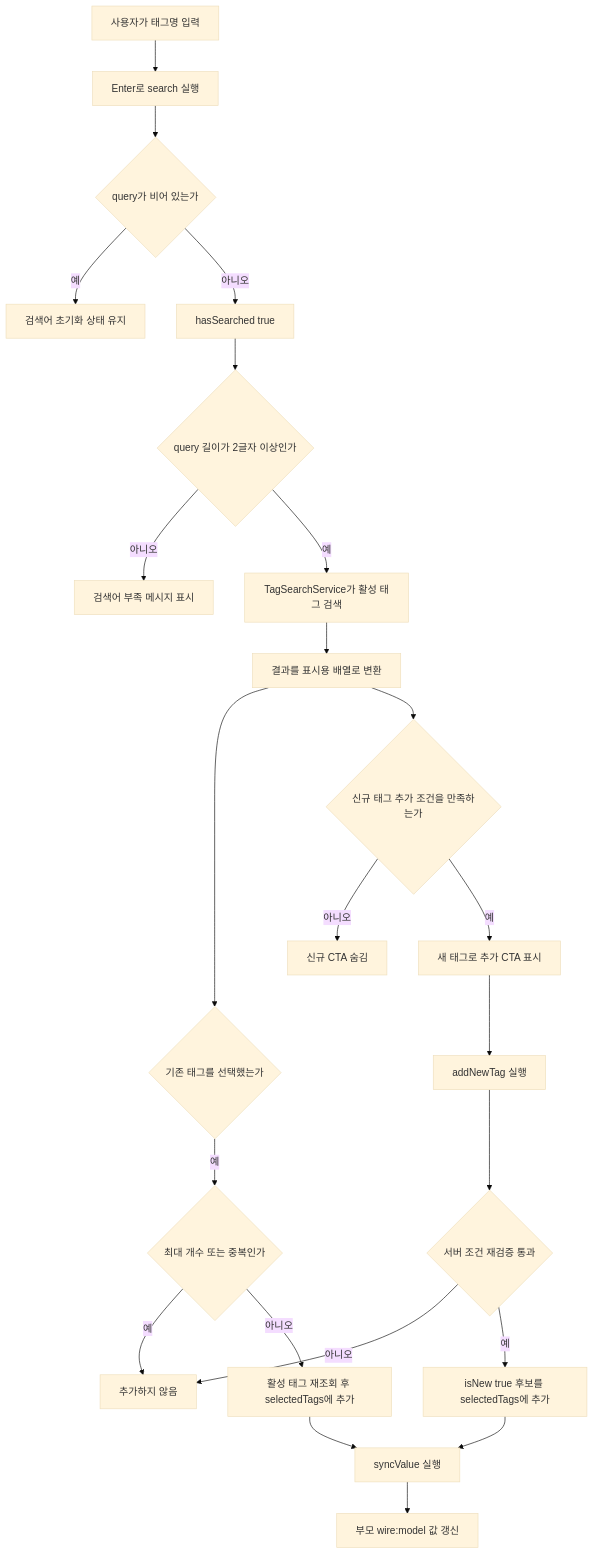
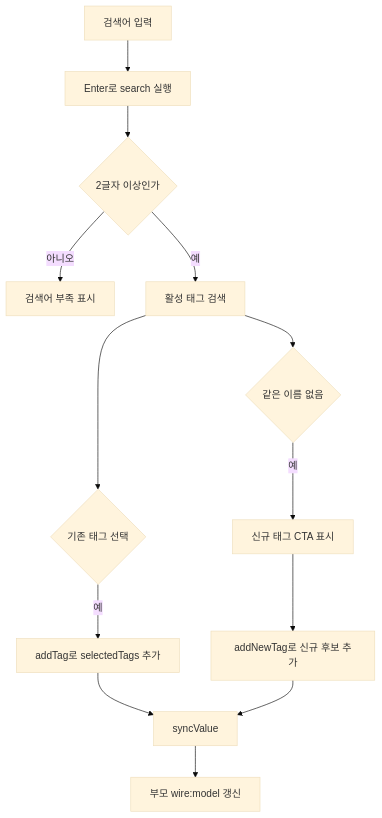
Before and after one commit to superphs333/tipmarket: the first of 2 diagrams in docs/templates/tag-selector.md, drawn with Mermaid (base theme). The commit also changed other lines of this file, not shown here.

````diff
--- a/docs/templates/tag-selector.md
+++ b/docs/templates/tag-selector.md
@@ -21,25 +102,15 @@
 ```mermaid
 flowchart TD
-    A[사용자가 태그명 입력] --> B[Enter로 search 실행]
-    B --> C{query가 비어 있는가}
-    C -- 예 --> D[검색어 초기화 상태 유지]
-    C -- 아니오 --> E[hasSearched true]
-    E --> F{query 길이가 2글자 이상인가}
-    F -- 아니오 --> G[검색어 부족 메시지 표시]
-    F -- 예 --> H[TagSearchService가 활성 태그 검색]
-    H --> I[결과를 표시용 배열로 변환]
-    I --> J{기존 태그를 선택했는가}
-    J -- 예 --> K{최대 개수 또는 중복인가}
-    K -- 예 --> L[추가하지 않음]
-    K -- 아니오 --> M[활성 태그 재조회 후 selectedTags에 추가]
-    I --> N{신규 태그 추가 조건을 만족하는가}
-    N -- 아니오 --> O[신규 CTA 숨김]
-    N -- 예 --> P[새 태그로 추가 CTA 표시]
-    P --> Q[addNewTag 실행]
-    Q --> R{서버 조건 재검증 통과}
-    R -- 아니오 --> L
-    R -- 예 --> S[isNew true 후보를 selectedTags에 추가]
-    M --> T[syncValue 실행]
-    S --> T
-    T --> U[부모 wire:model 값 갱신]
+    A["검색어 입력"] --> B["Enter로 search 실행"]
+    B --> C{"2글자 이상인가"}
+    C -- "아니오" --> D["검색어 부족 표시"]
+    C -- "예" --> E["활성 태그 검색"]
+    E --> F{"기존 태그 선택"}
+    F -- "예" --> G["addTag로 selectedTags 추가"]
+    E --> H{"같은 이름 없음"}
+    H -- "예" --> I["신규 태그 CTA 표시"]
+    I --> J["addNewTag로 신규 후보 추가"]
+    G --> K[syncValue]
+    J --> K
+    K --> L["부모 wire:model 갱신"]
 ```
````
